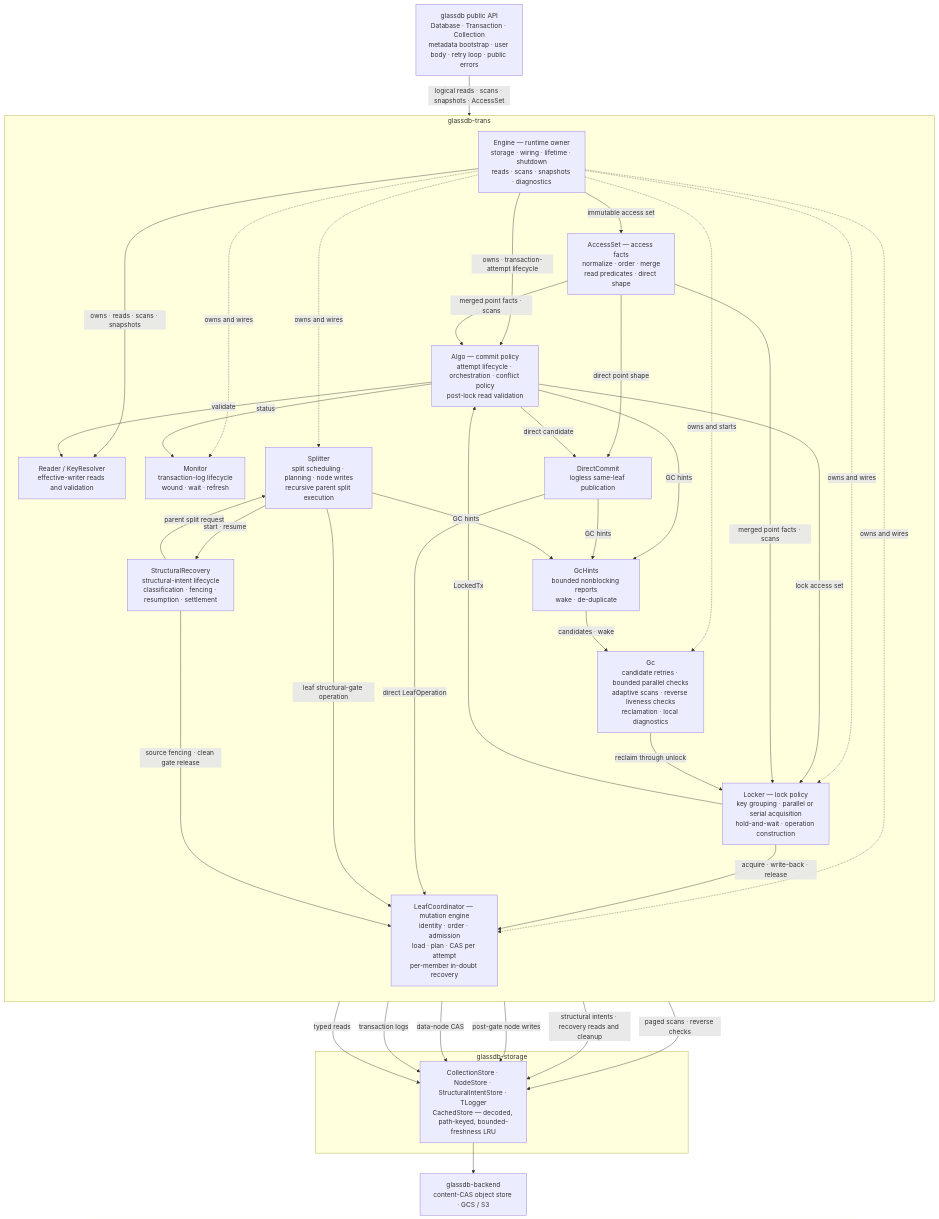
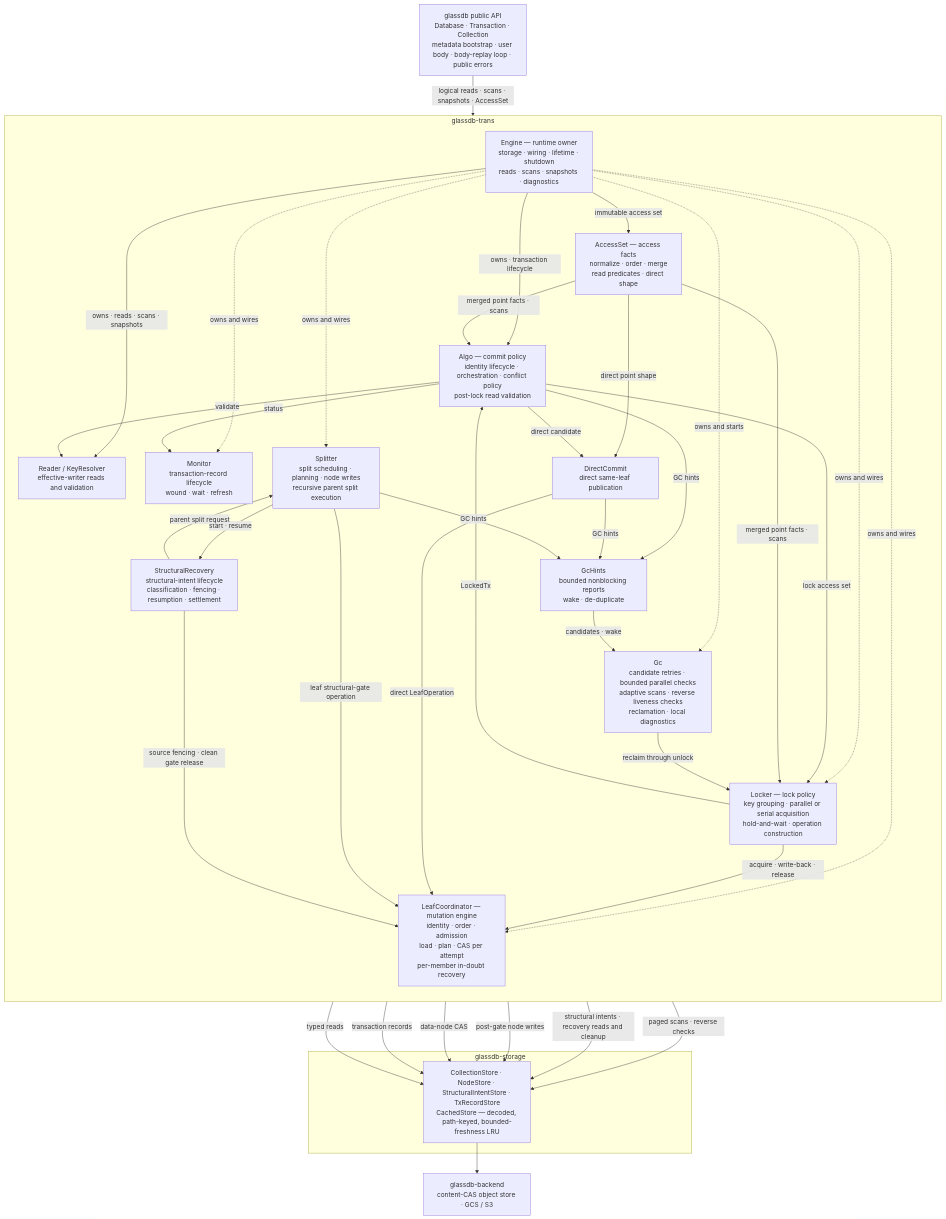
Before and after one commit to mbrt/glassdb-rs: the first of 3 diagrams in docs/architecture.md, drawn with Mermaid. The commit also changed other lines of this file and 167 other files, not shown here.

````diff
--- a/docs/architecture.md
+++ b/docs/architecture.md
@@ -172,63 +173,63 @@
 ```mermaid
 flowchart TD
-  API["glassdb public API<br/>Database · Transaction · Collection<br/>metadata bootstrap · user body · retry loop · public errors"]
+  API["glassdb public API<br/>Database · Transaction · Collection<br/>metadata bootstrap · user body · body-replay loop · public errors"]
 
   subgraph TRANS["glassdb-trans"]
     direction TB
     Engine["Engine — runtime owner<br/>storage · wiring · lifetime · shutdown<br/>reads · scans · snapshots · diagnostics"]
     Accesses["AccessSet — access facts<br/>normalize · order · merge<br/>read predicates · direct shape"]
-    Algo["Algo — commit policy<br/>attempt lifecycle · orchestration · conflict policy<br/>post-lock read validation"]
+    Algo["Algo — commit policy<br/>identity lifecycle · orchestration · conflict policy<br/>post-lock read validation"]
     Reader["Reader / KeyResolver<br/>effective-writer reads and validation"]
     Locker["Locker — lock policy<br/>key grouping · parallel or serial acquisition<br/>hold-and-wait · operation construction"]
-    Direct["DirectCommit<br/>logless same-leaf publication"]
-    Monitor["Monitor<br/>transaction-log lifecycle<br/>wound · wait · refresh"]
+    Direct["DirectCommit<br/>direct same-leaf publication"]
+    Monitor["Monitor<br/>transaction-record lifecycle<br/>wound · wait · refresh"]
     Hints["GcHints<br/>bounded nonblocking reports<br/>wake · de-duplicate"]
     Splitter["Splitter<br/>split scheduling · planning · node writes<br/>recursive parent split execution"]
     Recovery["StructuralRecovery<br/>structural-intent lifecycle<br/>classification · fencing · resumption · settlement"]
     Coord["LeafCoordinator — mutation engine<br/>identity · order · admission<br/>load · plan · CAS per attempt<br/>per-member in-doubt recovery"]
     Gc["Gc<br/>candidate retries · bounded parallel checks<br/>adaptive scans · reverse liveness checks<br/>reclamation · local diagnostics"]
 
-    Engine -->|"owns · transaction-attempt lifecycle"| Algo
+    Engine -->|"owns · transaction lifecycle"| Algo
     Engine -->|"immutable access set"| Accesses
     Engine -->|"owns · reads · scans · snapshots"| Reader
     Engine -.->|"owns and wires"| Locker
     Engine -.->|"owns and wires"| Monitor
     Engine -.->|"owns and wires"| Splitter
     Engine -.->|"owns and wires"| Coord
     Engine -.->|"owns and starts"| Gc
     Algo -->|"validate"| Reader
     Algo -->|"lock access set"| Locker
     Locker -->|"LockedTx"| Algo
     Algo -->|"status"| Monitor
     Accesses -->|"merged point facts · scans"| Algo
     Accesses -->|"merged point facts · scans"| Locker
     Accesses -->|"direct point shape"| Direct
     Algo -->|"direct candidate"| Direct
     Algo -->|"GC hints"| Hints
     Direct -->|"GC hints"| Hints
     Splitter -->|"GC hints"| Hints
     Splitter -->|"start · resume"| Recovery
     Recovery -->|"parent split request"| Splitter
     Hints -->|"candidates · wake"| Gc
     Locker -->|"acquire · write-back · release"| Coord
     Direct -->|"direct LeafOperation"| Coord
     Splitter -->|"leaf structural-gate operation"| Coord
     Recovery -->|"source fencing · clean gate release"| Coord
     Gc -->|"reclaim through unlock"| Locker
   end
 
   subgraph STORAGE["glassdb-storage"]
-    Stores["CollectionStore · NodeStore · StructuralIntentStore · TLogger<br/>CachedStore — decoded, path-keyed, bounded-freshness LRU"]
+    Stores["CollectionStore · NodeStore · StructuralIntentStore · TxRecordStore<br/>CachedStore — decoded, path-keyed, bounded-freshness LRU"]
   end
 
   Backend["glassdb-backend<br/>content-CAS object store · GCS / S3"]
 
   API -->|"logical reads · scans · snapshots · AccessSet"| Engine
   Reader -->|"typed reads"| Stores
-  Monitor -->|"transaction logs"| Stores
+  Monitor -->|"transaction records"| Stores
   Coord -->|"data-node CAS"| Stores
   Splitter -->|"post-gate node writes"| Stores
   Recovery -->|"structural intents · recovery reads and cleanup"| Stores
   Gc -->|"paged scans · reverse checks"| Stores
   Stores --> Backend
 ```
````
